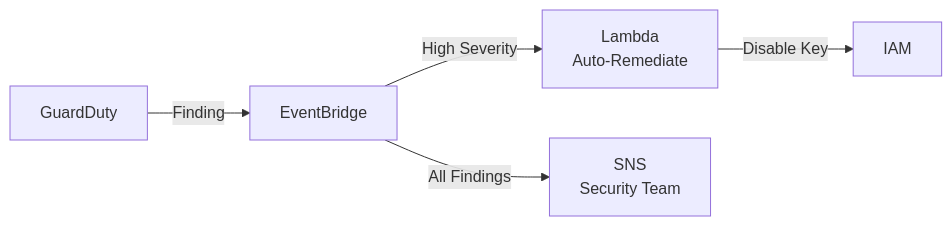
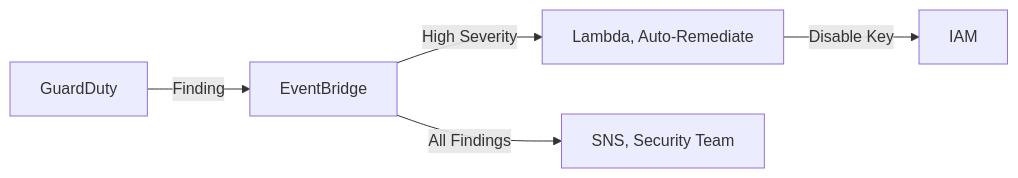
Before and after one commit to DeeptiShuklaProject/Uday_AWS: the second of 3 diagrams in Chapter_43_Amazon_GuardDuty.md, drawn with Mermaid. The commit also changed other lines of this file and 34 other files, not shown here.

Commit message:
Fix mermaid diagrams syntax across all chapters (quote labels and remove HTML)

````diff
--- a/Chapter_43_Amazon_GuardDuty.md
+++ b/Chapter_43_Amazon_GuardDuty.md
@@ -352,7 +352,7 @@
 ```mermaid
 flowchart LR
     GD[GuardDuty] -->|Finding| EB[EventBridge]
-    EB -->|High Severity| Lambda[Lambda<br>Auto-Remediate]
-    EB -->|All Findings| SNS[SNS<br>Security Team]
+    EB -->|High Severity| Lambda["Lambda, Auto-Remediate"]
+    EB -->|All Findings| SNS["SNS, Security Team"]
     Lambda -->|Disable Key| IAM[IAM]
 ```
````
